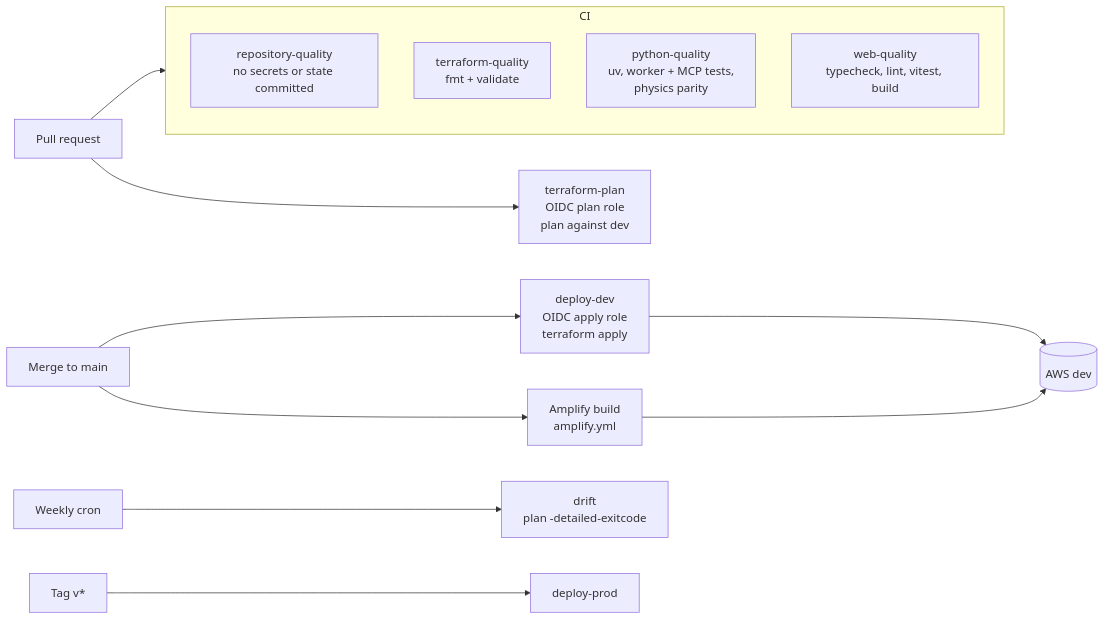
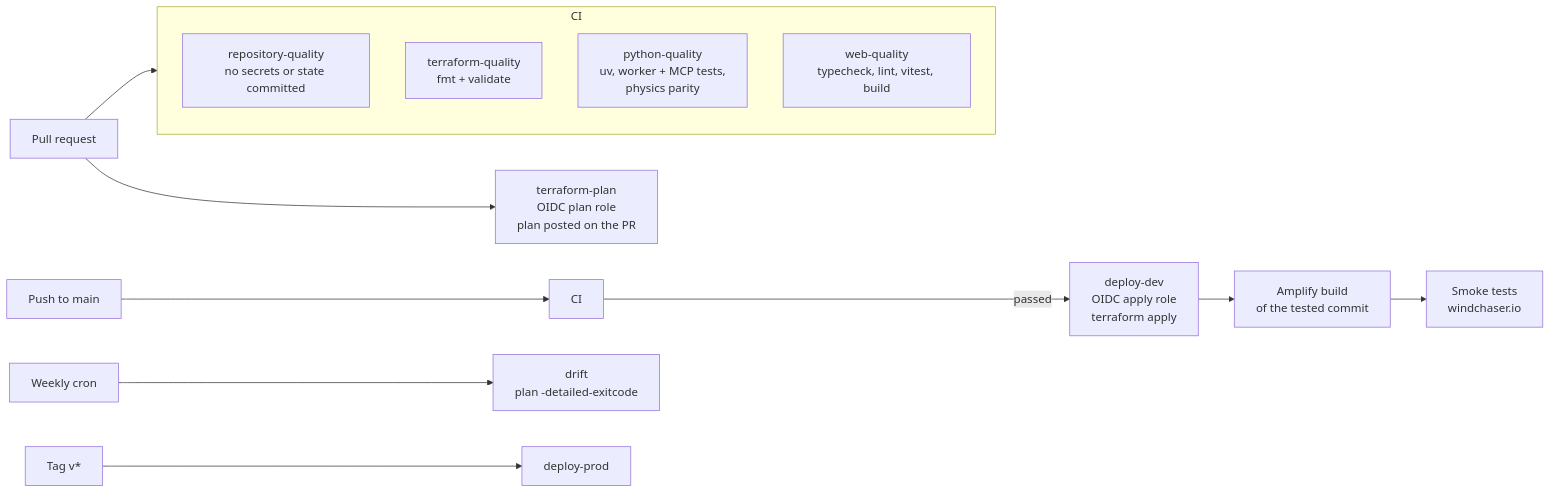
One commit to tiroger/windchaser-ai changed the third of 3 diagrams in README.md. Above: the diagram before and after it, drawn with Mermaid. The commit also changed other lines of this file, not shown here.

Commit message:
docs: describe the gated deploy pipeline and rate limits in the README

````diff
--- a/README.md
+++ b/README.md
@@ -383,17 +384,17 @@
 ```mermaid
 flowchart LR
   pr[Pull request] --> ci
-  pr --> plan[terraform-plan<br/>OIDC plan role<br/>plan against dev]
+  pr --> plan[terraform-plan<br/>OIDC plan role<br/>plan posted on the PR]
   subgraph ci[CI]
     rq[repository-quality<br/>no secrets or state committed]
     tq[terraform-quality<br/>fmt + validate]
     pq[python-quality<br/>uv, worker + MCP tests,<br/>physics parity]
     wq[web-quality<br/>typecheck, lint, vitest, build]
   end
-  merge[Merge to main] --> deploy[deploy-dev<br/>OIDC apply role<br/>terraform apply]
-  merge --> amp[Amplify build<br/>amplify.yml]
-  deploy --> aws[(AWS dev)]
-  amp --> aws
+  merge[Push to main] --> ci2[CI]
+  ci2 -- passed --> deploy[deploy-dev<br/>OIDC apply role<br/>terraform apply]
+  deploy --> amp[Amplify build<br/>of the tested commit]
+  amp --> smoke[Smoke tests<br/>windchaser.io]
   cron[Weekly cron] --> drift[drift<br/>plan -detailed-exitcode]
   tag[Tag v*] --> prod[deploy-prod]
 ```
````
